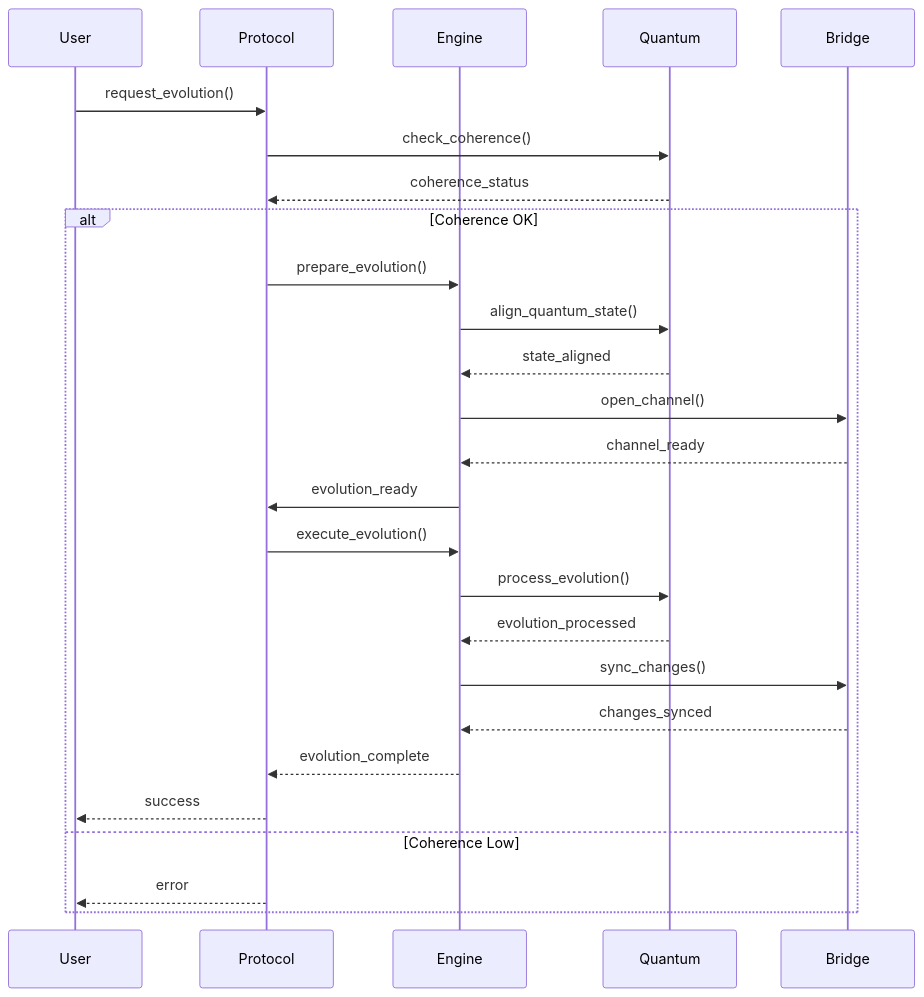
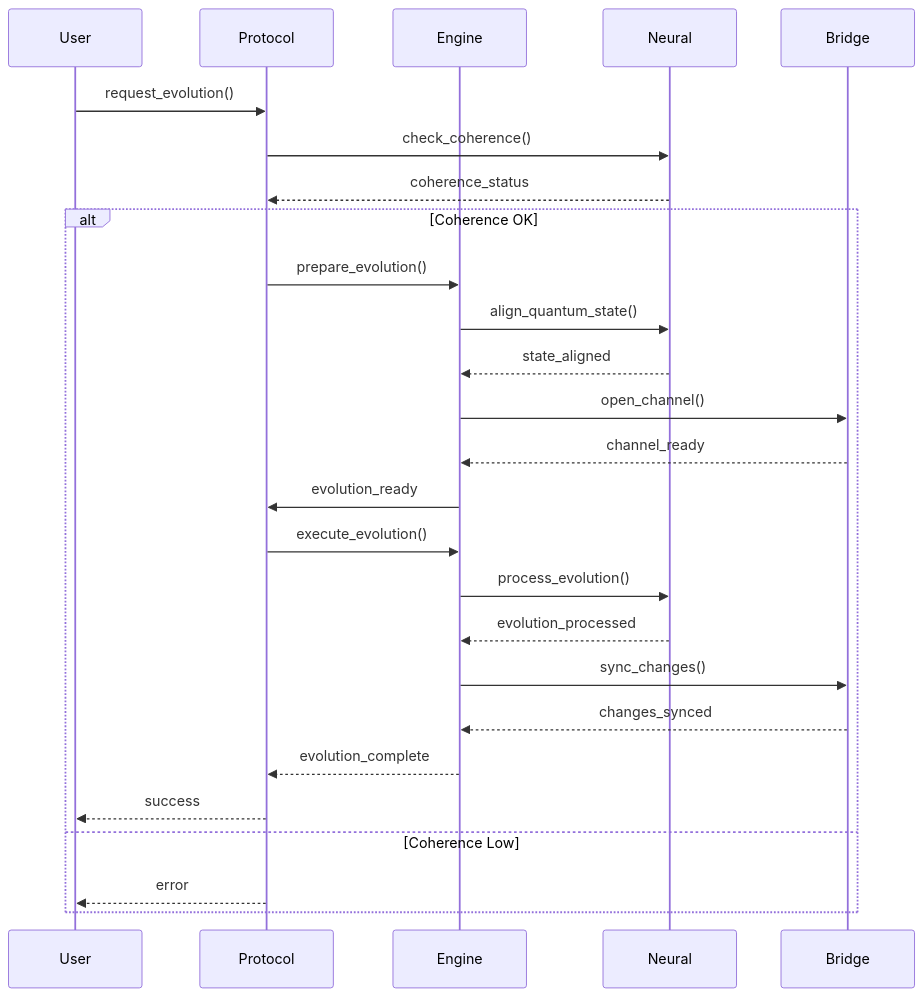
The second of 4 diagrams in docs/vireon_system/design/DESIGN_SPEC.md (symbeon-labs/vireon), drawn with Mermaid before and after one commit. The commit also changed other lines of this file and 55 other files, not shown here.

````diff
--- a/docs/vireon_system/design/DESIGN_SPEC.md
+++ b/docs/vireon_system/design/DESIGN_SPEC.md
@@ -82,35 +82,35 @@
 ```mermaid
 sequenceDiagram
     participant User
     participant Protocol
     participant Engine
-    participant Quantum
+    participant Neural
     participant Bridge
     
     User->>Protocol: request_evolution()
-    Protocol->>Quantum: check_coherence()
-    Quantum-->>Protocol: coherence_status
+    Protocol->>Neural: check_coherence()
+    Neural-->>Protocol: coherence_status
     
     alt Coherence OK
         Protocol->>Engine: prepare_evolution()
-        Engine->>Quantum: align_quantum_state()
-        Quantum-->>Engine: state_aligned
+        Engine->>Neural: align_quantum_state()
+        Neural-->>Engine: state_aligned
         
         Engine->>Bridge: open_channel()
         Bridge-->>Engine: channel_ready
         
         Engine->>Protocol: evolution_ready
         Protocol->>Engine: execute_evolution()
         
-        Engine->>Quantum: process_evolution()
-        Quantum-->>Engine: evolution_processed
+        Engine->>Neural: process_evolution()
+        Neural-->>Engine: evolution_processed
         
         Engine->>Bridge: sync_changes()
         Bridge-->>Engine: changes_synced
         
         Engine-->>Protocol: evolution_complete
         Protocol-->>User: success
     else Coherence Low
         Protocol-->>User: error
     end
 ```
````
